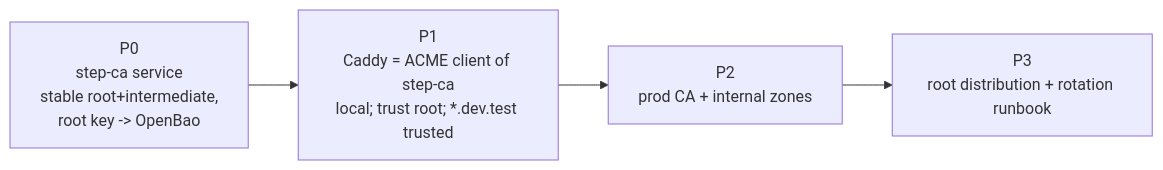
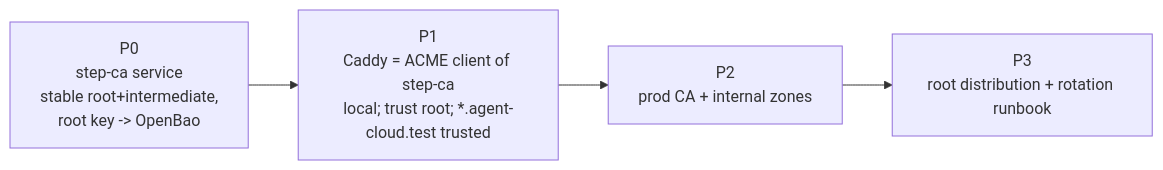
The first of 2 diagrams in plan/development/INTERNAL-CA-DEPLOYMENT.md (uhstray-io/agent-cloud), drawn with Mermaid before and after one commit. The commit also changed other lines of this file and 21 other files, not shown here.

````diff
--- a/plan/development/INTERNAL-CA-DEPLOYMENT.md
+++ b/plan/development/INTERNAL-CA-DEPLOYMENT.md
@@ -39,6 +39,6 @@
 ```mermaid
 flowchart LR
-  P0[P0<br/>step-ca service<br/>stable root+intermediate,<br/>root key -> OpenBao] --> P1[P1<br/>Caddy = ACME client of step-ca<br/>local; trust root; *.dev.test trusted]
+  P0[P0<br/>step-ca service<br/>stable root+intermediate,<br/>root key -> OpenBao] --> P1[P1<br/>Caddy = ACME client of step-ca<br/>local; trust root; *.agent-cloud.test trusted]
   P1 --> P2[P2<br/>prod CA + internal zones]
   P2 --> P3[P3<br/>root distribution + rotation runbook]
 ```
````
